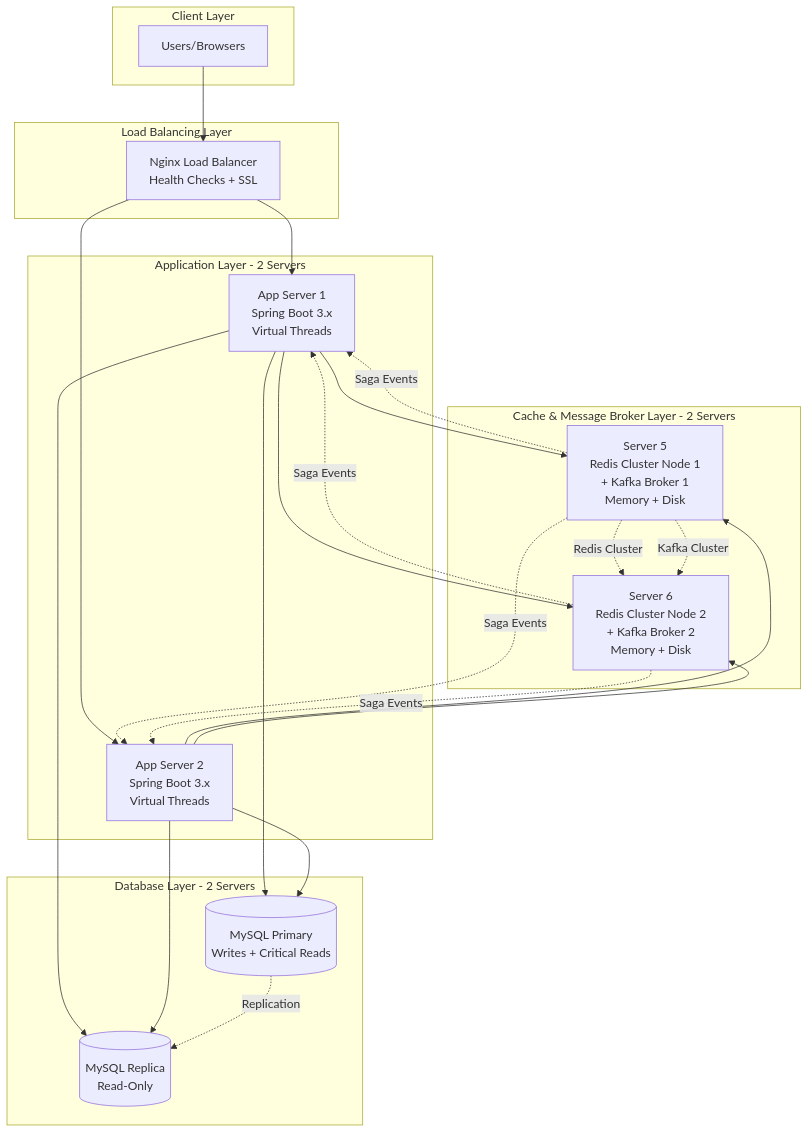
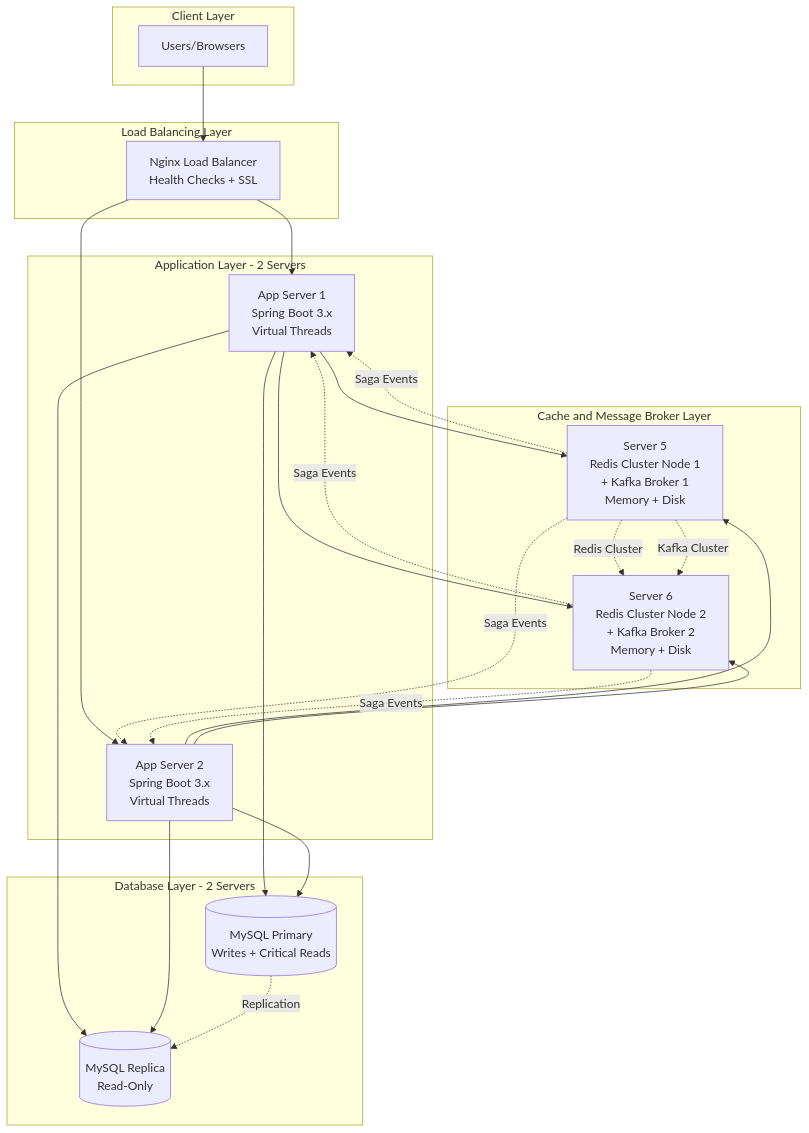
The first of 7 diagrams in architecture-diagram.md (thailt/ecomerce), drawn with Mermaid before and after one commit. The commit also changed other lines of this file and 1 other file, not shown here.

````diff
--- a/architecture-diagram.md
+++ b/architecture-diagram.md
@@ -5,48 +5,48 @@
 ```mermaid
 graph TB
-    subgraph "Client Layer"
+    subgraph ClientLayer["Client Layer"]
         U[Users/Browsers]
     end
     
-    subgraph "Load Balancing Layer"
+    subgraph LoadBalancerLayer["Load Balancing Layer"]
         LB[Nginx Load Balancer<br/>Health Checks + SSL]
     end
     
-    subgraph "Application Layer - 2 Servers"
+    subgraph AppLayer["Application Layer - 2 Servers"]
         APP1[App Server 1<br/>Spring Boot 3.x<br/>Virtual Threads]
         APP2[App Server 2<br/>Spring Boot 3.x<br/>Virtual Threads]
     end
     
-    subgraph "Cache & Message Broker Layer - 2 Servers"
+    subgraph CacheLayer["Cache and Message Broker Layer"]
         SERVER5[Server 5<br/>Redis Cluster Node 1<br/>+ Kafka Broker 1<br/>Memory + Disk]
         SERVER6[Server 6<br/>Redis Cluster Node 2<br/>+ Kafka Broker 2<br/>Memory + Disk]
     end
     
-    subgraph "Database Layer - 2 Servers"
+    subgraph DatabaseLayer["Database Layer - 2 Servers"]
         DB1[(MySQL Primary<br/>Writes + Critical Reads)]
         DB2[(MySQL Replica<br/>Read-Only)]
     end
     
     U --> LB
     LB --> APP1
     LB --> APP2
     
     APP1 --> SERVER5
     APP1 --> SERVER6
     APP2 --> SERVER5
     APP2 --> SERVER6
     
     APP1 --> DB1
     APP1 --> DB2
     APP2 --> DB1
     APP2 --> DB2
     
     DB1 -.->|Replication| DB2
     
     SERVER5 -.->|Redis Cluster| SERVER6
     SERVER5 -.->|Kafka Cluster| SERVER6
     SERVER5 -.->|Saga Events| APP1
     SERVER5 -.->|Saga Events| APP2
     SERVER6 -.->|Saga Events| APP1
     SERVER6 -.->|Saga Events| APP2
 ```
````
